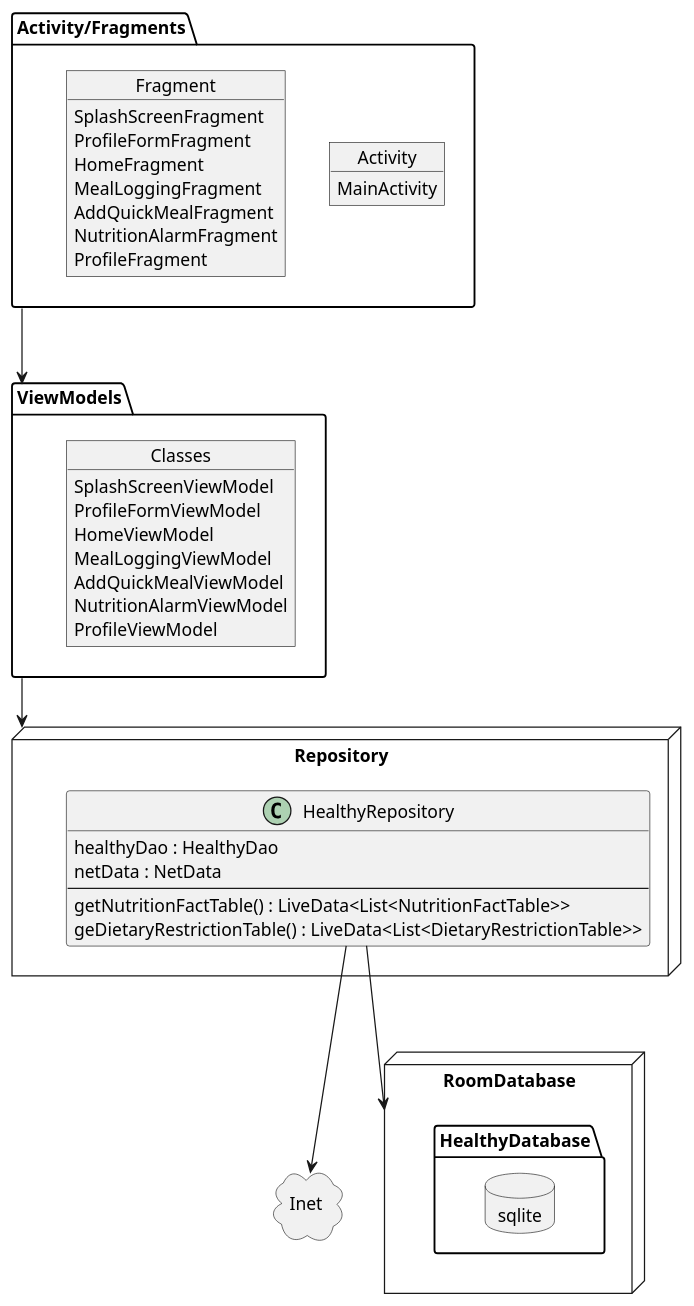
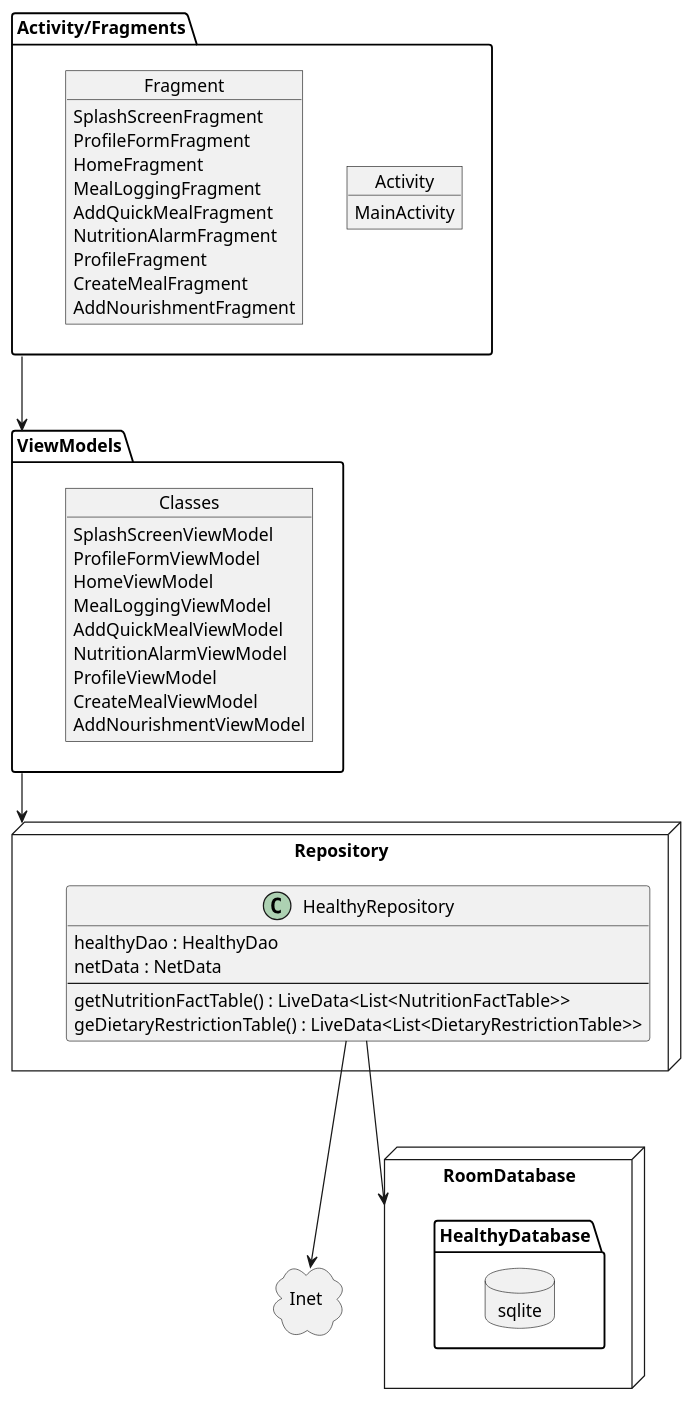
Before and after one commit to flotji-potji/healthyRACUN: the diagram in app/docs/app_architecture_uml.puml, drawn with PlantUML. The commit also changed 1 other file, not shown here.

Commit message:
updated architecture diagram now matching to new ui concept scribble, added small javadoc to repository constructor

```diff
--- a/app/docs/app_architecture_uml.puml
+++ b/app/docs/app_architecture_uml.puml
@@ -1,71 +1,75 @@
 @startuml
 'https://plantuml.com/component-diagram
 
 package "Activity/Fragments" {
 
     object Activity {
         MainActivity
     }
 
     object Fragment {
         SplashScreenFragment
         ProfileFormFragment
         HomeFragment
         MealLoggingFragment
         AddQuickMealFragment
         NutritionAlarmFragment
         ProfileFragment
+        CreateMealFragment
+        AddNourishmentFragment
     }
 
 }
 
 package "ViewModels" {
 
     object Classes {
         SplashScreenViewModel
         ProfileFormViewModel
         HomeViewModel
         MealLoggingViewModel
         AddQuickMealViewModel
         NutritionAlarmViewModel
         ProfileViewModel
+        CreateMealViewModel
+        AddNourishmentViewModel
     }
 
 }
 
 node "Repository" {
 
     class HealthyRepository {
         healthyDao : HealthyDao
         netData : NetData
         --
         getNutritionFactTable() : LiveData<List<NutritionFactTable>>
         geDietaryRestrictionTable() : LiveData<List<DietaryRestrictionTable>>
     }
 
 }
 
 node "RoomDatabase" {
 
     package "HealthyDatabase" {
 
         database "sqlite" {
 
         }
 
     }
 
 }
 
 cloud "Inet" {
 
 
 
 }
 
 "Activity/Fragments" ---> "ViewModels"
 "ViewModels" --> "Repository"
 HealthyRepository ---> "RoomDatabase"
 HealthyRepository ---> "Inet"
 
 @enduml
```
